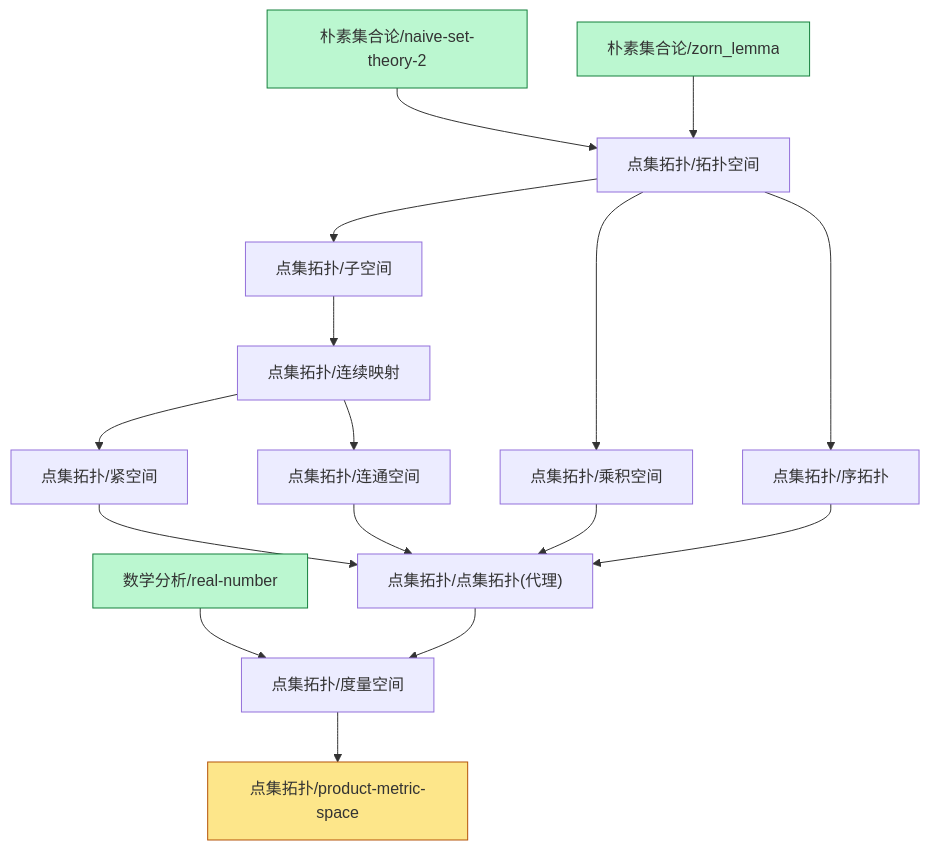
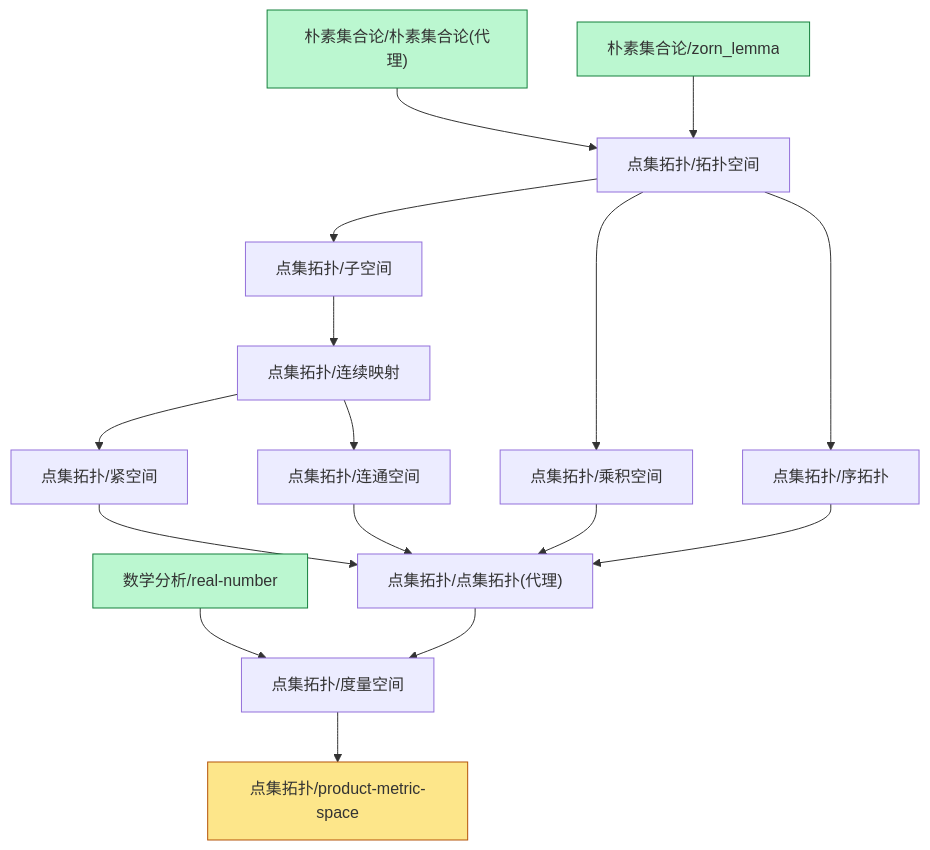
One commit to zeroDtree/zeroDtree.github.io changed the diagram in content/点集拓扑/dependency_graph.md. Above: the diagram before and after it, drawn with Mermaid. The commit also changed 17 other files, not shown here.

Commit message:
Refactor dependency graphs and update prerequisite links across mathematical documents. Introduced new content on counting principles and naive set theory, while enhancing clarity in logical dependencies and ensuring consistent terminology throughout the mathematical framework.

````diff
--- a/content/点集拓扑/dependency_graph.md
+++ b/content/点集拓扑/dependency_graph.md
@@ -1,22 +1,22 @@
 ```mermaid
 graph TD
-1["朴素集合论/naive-set-theory-2"] --> 0["点集拓扑/拓扑空间"]
+1["朴素集合论/朴素集合论(代理)"] --> 0["点集拓扑/拓扑空间"]
 2["朴素集合论/zorn_lemma"] --> 0["点集拓扑/拓扑空间"]
 4["点集拓扑/子空间"] --> 3["点集拓扑/连续映射"]
 0["点集拓扑/拓扑空间"] --> 4["点集拓扑/子空间"]
 6["数学分析/real-number"] --> 5["点集拓扑/度量空间"]
 7["点集拓扑/点集拓扑(代理)"] --> 5["点集拓扑/度量空间"]
 3["点集拓扑/连续映射"] --> 8["点集拓扑/紧空间"]
 5["点集拓扑/度量空间"] --> 9["点集拓扑/product-metric-space"]
 8["点集拓扑/紧空间"] --> 7["点集拓扑/点集拓扑(代理)"]
 10["点集拓扑/连通空间"] --> 7["点集拓扑/点集拓扑(代理)"]
 11["点集拓扑/乘积空间"] --> 7["点集拓扑/点集拓扑(代理)"]
 12["点集拓扑/序拓扑"] --> 7["点集拓扑/点集拓扑(代理)"]
 3["点集拓扑/连续映射"] --> 10["点集拓扑/连通空间"]
 0["点集拓扑/拓扑空间"] --> 11["点集拓扑/乘积空间"]
 0["点集拓扑/拓扑空间"] --> 12["点集拓扑/序拓扑"]
 classDef leaf fill:#fde68a,stroke:#b45309
 class 9 leaf
 classDef foundationRoot fill:#bbf7d0,stroke:#15803d
 class 1,2,6 foundationRoot
 ```
````
